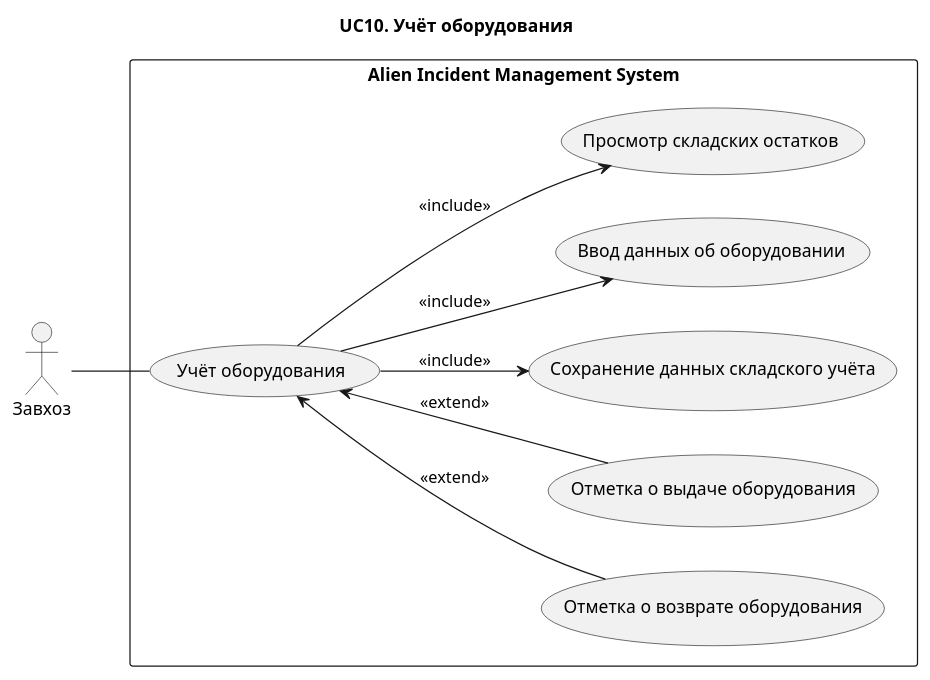
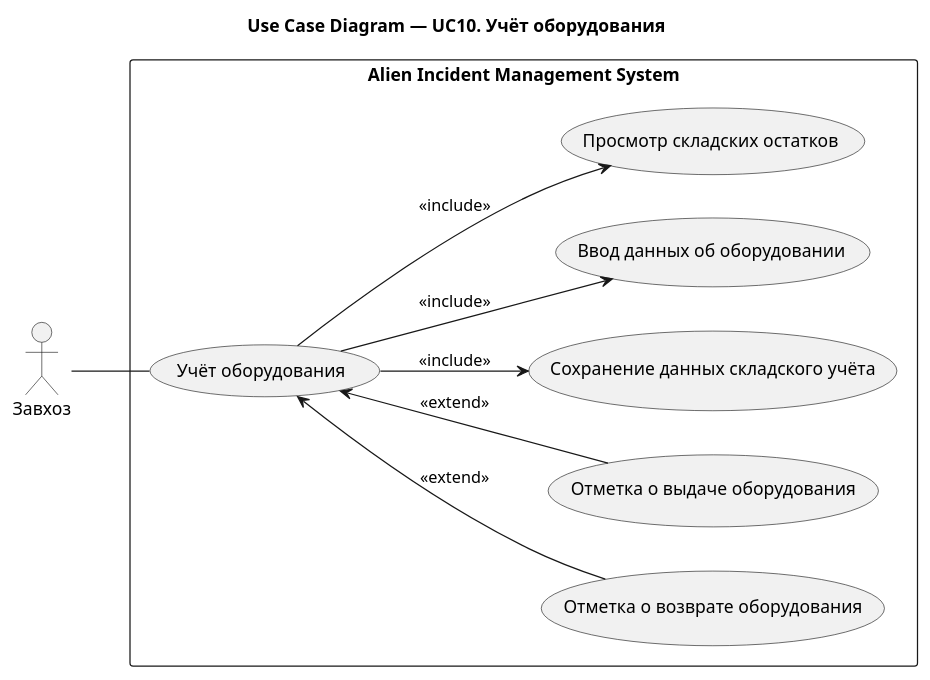
One commit to Andryss/AIMS changed the diagram in docs/use-case/UC10.md. Above: the diagram before and after it, drawn with PlantUML. The commit also changed 31 other files, not shown here.

````diff
--- a/docs/use-case/UC10.md
+++ b/docs/use-case/UC10.md
@@ -5,29 +5,29 @@
 ```plantuml
 @startuml
-title UC10. Учёт оборудования
+title Use Case Diagram — UC10. Учёт оборудования
 left to right direction
 
 actor "Завхоз" as Storekeeper
 
 rectangle "Alien Incident Management System" {
 
 (Учёт оборудования) as UC11
 
 (Отметка о возврате оборудования) as UC116
 (Отметка о выдаче оборудования) as UC115
 (Сохранение данных складского учёта) as UC114
 (Ввод данных об оборудовании) as UC112
 (Просмотр складских остатков) as UC111
 
 }
 
 Storekeeper -- UC11
 
 UC11 --> UC111 : <<include>>
 UC11 --> UC112 : <<include>>
 UC11 --> UC114 : <<include>>
 UC11 <-- UC115 : <<extend>>
 UC11 <-- UC116 : <<extend>>
 
 @enduml
 ```
````
